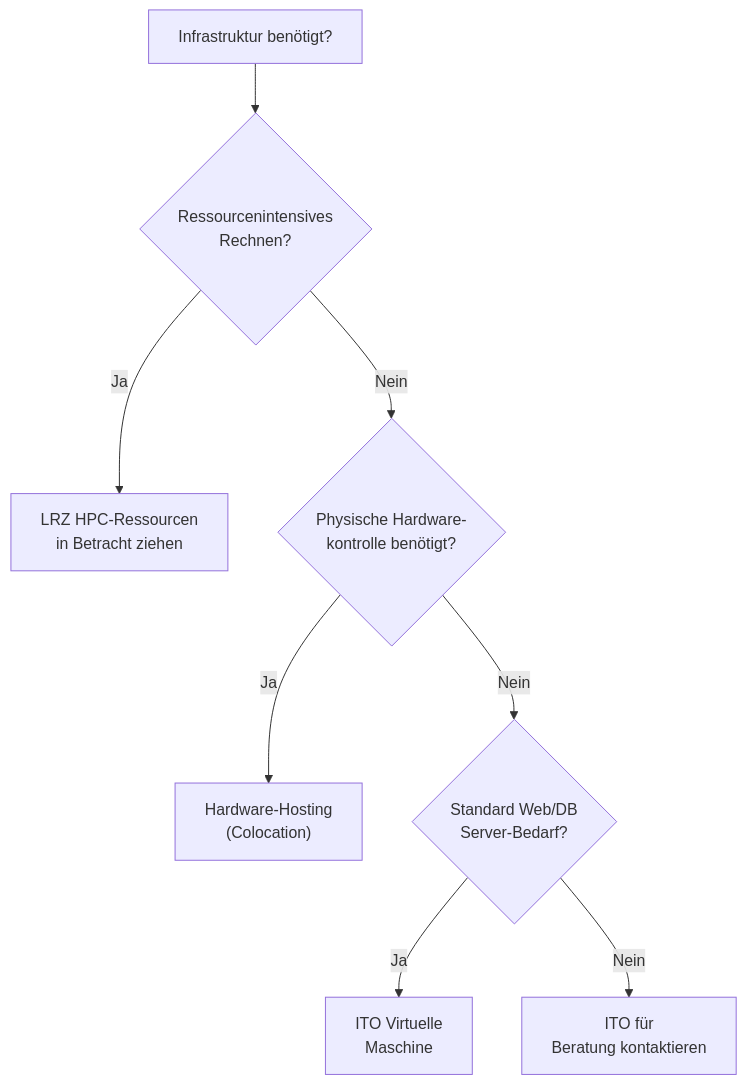
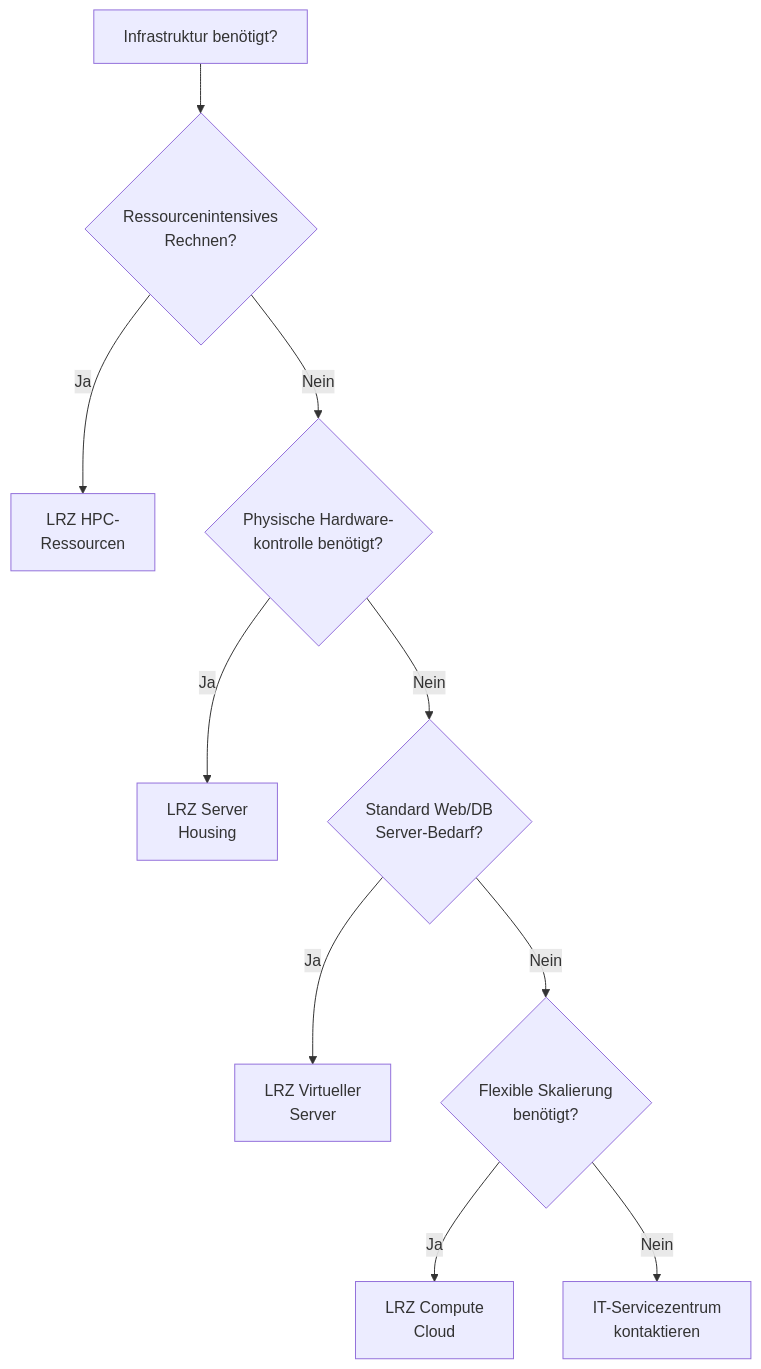
Before and after one commit to jtimo/tum-ito-admin-guide: the second of 3 diagrams in de/chapters/04-infrastrukturdienste.qmd, drawn with Mermaid. The commit also changed other lines of this file and 21 other files, not shown here.

````diff
--- a/de/chapters/04-infrastrukturdienste.qmd
+++ b/de/chapters/04-infrastrukturdienste.qmd
@@ -218,15 +80,18 @@
 ```{mermaid}
 %%| fig-cap: "Die richtige Infrastruktur wählen"
 flowchart TB
     Start["Infrastruktur benötigt?"]
     Start --> Q1{"Ressourcenintensives<br/>Rechnen?"}
 
-    Q1 --> |Ja| LRZ["LRZ HPC-Ressourcen<br/>in Betracht ziehen"]
+    Q1 --> |Ja| LRZ["LRZ HPC-<br/>Ressourcen"]
     Q1 --> |Nein| Q2{"Physische Hardware-<br/>kontrolle benötigt?"}
 
-    Q2 --> |Ja| Colo["Hardware-Hosting<br/>(Colocation)"]
+    Q2 --> |Ja| Housing["LRZ Server<br/>Housing"]
     Q2 --> |Nein| Q3{"Standard Web/DB<br/>Server-Bedarf?"}
 
-    Q3 --> |Ja| VM["ITO Virtuelle<br/>Maschine"]
-    Q3 --> |Nein| Consult["ITO für<br/>Beratung kontaktieren"]
+    Q3 --> |Ja| VM["LRZ Virtueller<br/>Server"]
+    Q3 --> |Nein| Q4{"Flexible Skalierung<br/>benötigt?"}
+
+    Q4 --> |Ja| Cloud["LRZ Compute<br/>Cloud"]
+    Q4 --> |Nein| Consult["IT-Servicezentrum<br/>kontaktieren"]
 ```
````
